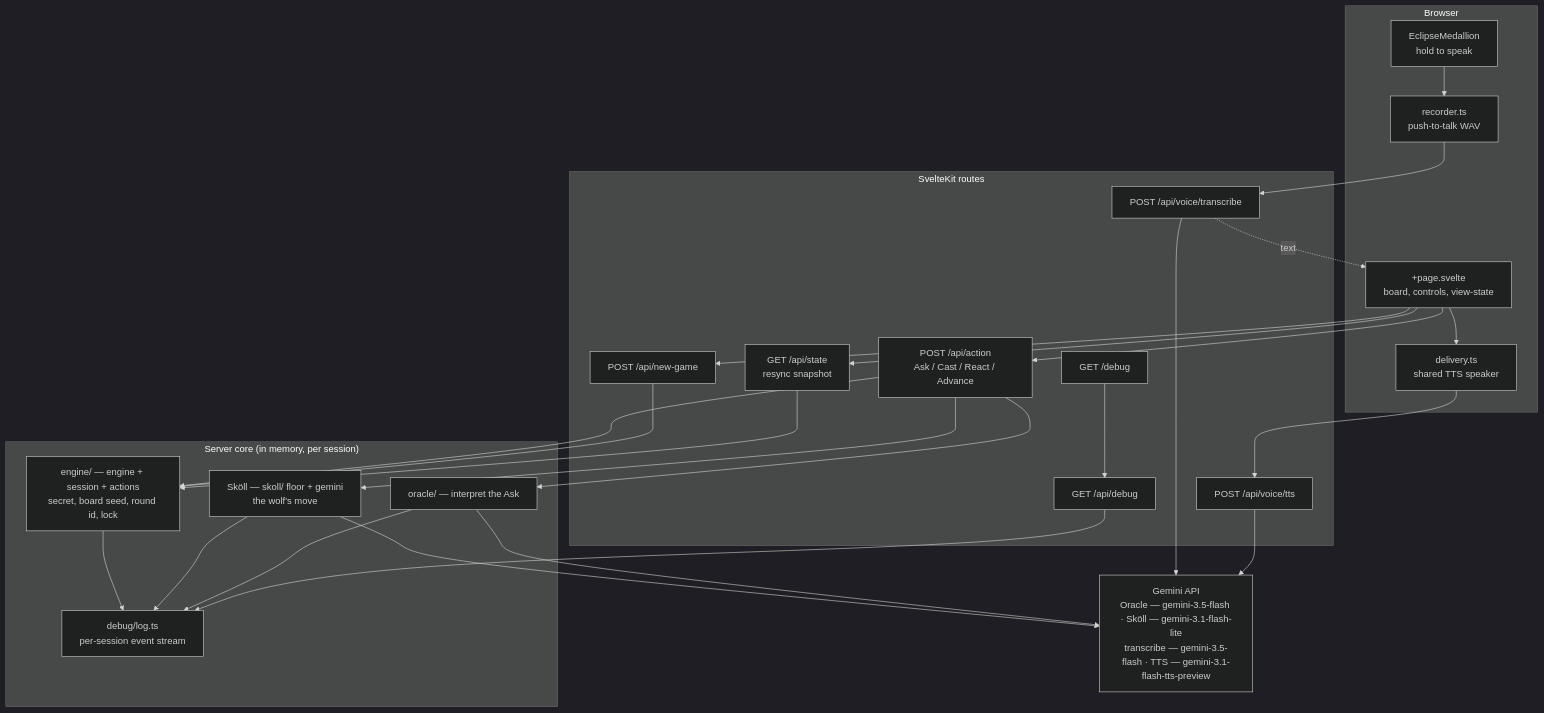
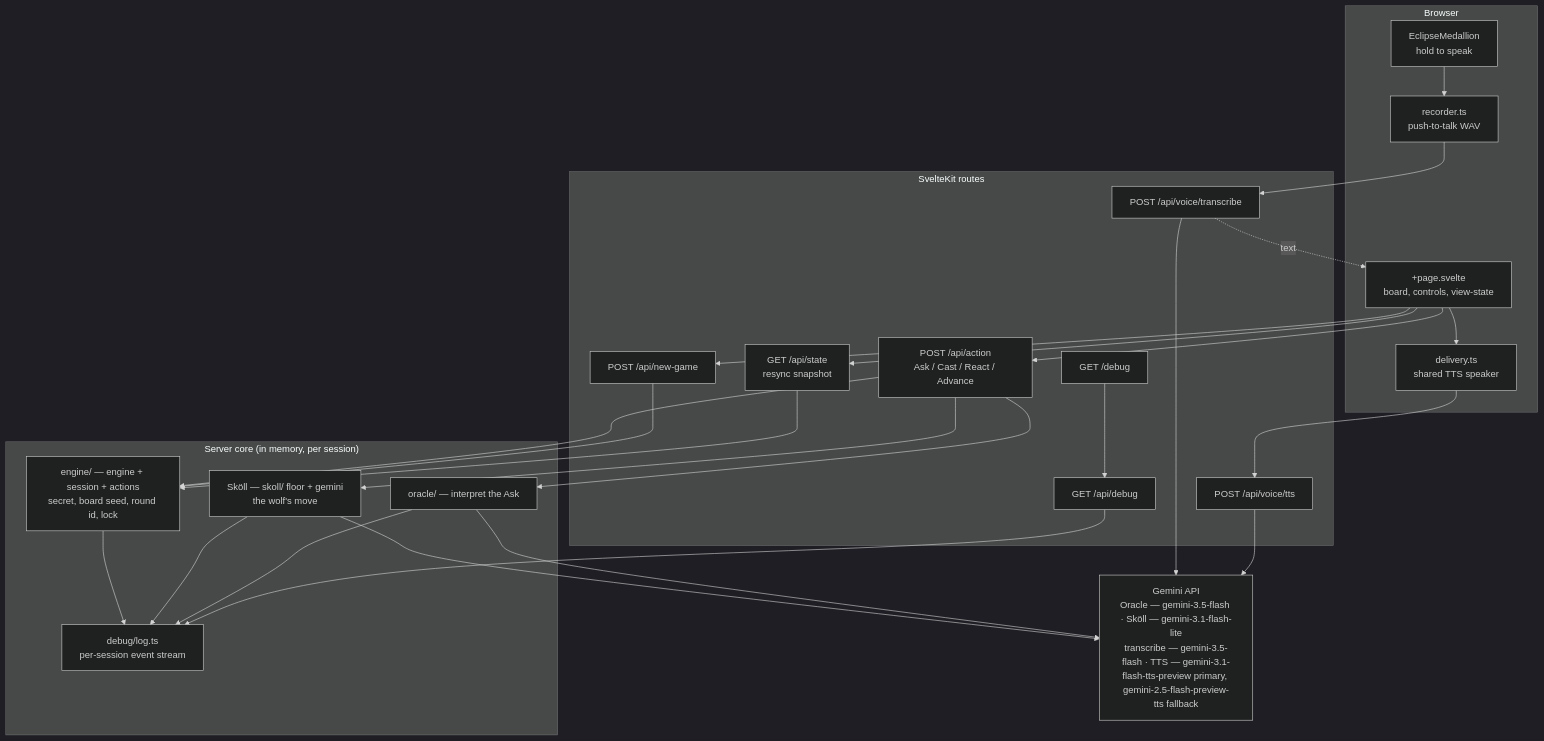
Before and after one commit to anchildress1/save-the-sun: the first of 5 diagrams in docs/architecture.md, drawn with Mermaid (dark theme). The commit also changed 12 other files, not shown here.

First line of the commit message:
feat: collapsible /debug, accurate voice tee + verdict logging, and a TTS 429 fallback (#71)

````diff
--- a/docs/architecture.md
+++ b/docs/architecture.md
@@ -15,56 +15,56 @@
 ```mermaid
 flowchart TB
     accTitle: Save the Sun system overview
     accDescr: The browser talks to SvelteKit routes, which call the in-memory server core and the Gemini API. The engine referees the round; Gemini interprets Asks, plays Sköll, transcribes push-to-talk audio, and voices the Oracle and Sköll.
 
     subgraph Browser["Browser"]
         Page["+page.svelte<br/>board, controls, view-state"]
         Rec["recorder.ts<br/>push-to-talk WAV"]
         Medallion["EclipseMedallion<br/>hold to speak"]
         Del["delivery.ts<br/>shared TTS speaker"]
     end
 
     subgraph Routes["SvelteKit routes"]
         Action["POST /api/action<br/>Ask / Cast / React / Advance"]
         NewGame["POST /api/new-game"]
         State["GET /api/state<br/>resync snapshot"]
         Transcribe["POST /api/voice/transcribe"]
         TTS["POST /api/voice/tts"]
         Debug["GET /api/debug"]
         DebugPage["GET /debug"]
     end
 
     subgraph Core["Server core (in memory, per session)"]
         Engine["engine/ — engine + session + actions<br/>secret, board seed, round id, lock"]
         Sköll["Sköll — skoll/ floor + gemini<br/>the wolf's move"]
         Oracle["oracle/ — interpret the Ask"]
         Log["debug/log.ts<br/>per-session event stream"]
     end
 
-    Gemini["Gemini API<br/>Oracle — gemini-3.5-flash · Sköll — gemini-3.1-flash-lite<br/>transcribe — gemini-3.5-flash · TTS — gemini-3.1-flash-tts-preview"]
+    Gemini["Gemini API<br/>Oracle — gemini-3.5-flash · Sköll — gemini-3.1-flash-lite<br/>transcribe — gemini-3.5-flash · TTS — gemini-3.1-flash-tts-preview primary, gemini-2.5-flash-preview-tts fallback"]
 
     Page --> Action
     Page --> NewGame
     Page --> State
     Medallion --> Rec
     Rec --> Transcribe
     Transcribe -.text.-> Page
     Page --> Del
     Del --> TTS
     DebugPage --> Debug
 
     Action --> Engine
     Action --> Sköll
     Action --> Oracle
     NewGame --> Engine
     State --> Engine
     Transcribe --> Gemini
     TTS --> Gemini
     Sköll --> Gemini
     Oracle --> Gemini
 
     Engine --> Log
     Sköll --> Log
     Oracle --> Log
     Debug --> Log
 ```
````
